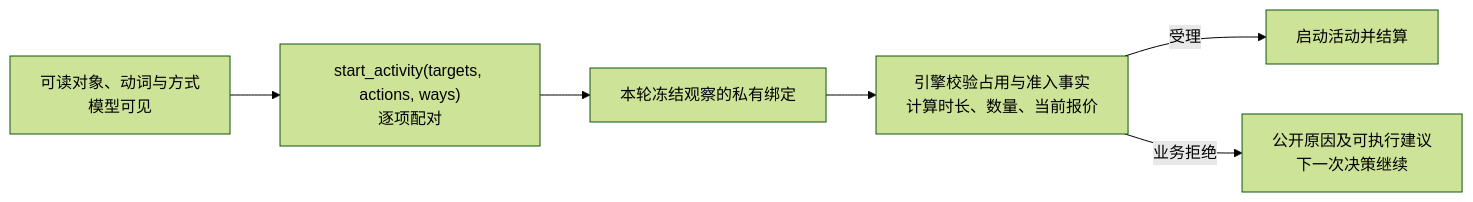
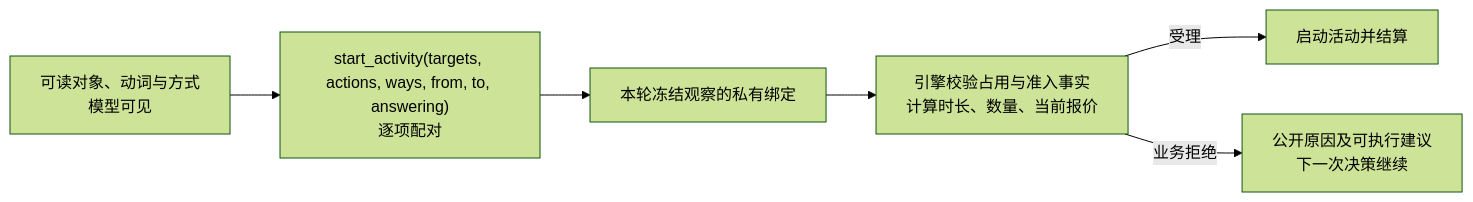
One commit to HoldThatThgt/WorldMock changed the third of 5 diagrams in docs/dev/SPEC-agent-interaction.md. Above: the diagram before and after it, drawn with Mermaid (forest theme). The commit also changed other lines of this file and 3 other files, not shown here.

````diff
--- a/docs/dev/SPEC-agent-interaction.md
+++ b/docs/dev/SPEC-agent-interaction.md
@@ -223,8 +233,8 @@
 ```mermaid
 flowchart LR
-    O["可读对象、动词与方式<br/>模型可见"] --> S["start_activity(targets, actions, ways)<br/>逐项配对"]
+    O["可读对象、动词与方式<br/>模型可见"] --> S["start_activity(targets, actions, ways, from, to, answering)<br/>逐项配对"]
     S --> B["本轮冻结观察的私有绑定"]
     B --> V["引擎校验占用与准入事实<br/>计算时长、数量、当前报价"]
     V -->|受理| A["启动活动并结算"]
     V -->|业务拒绝| R["公开原因及可执行建议<br/>下一次决策继续"]
 ```
````
